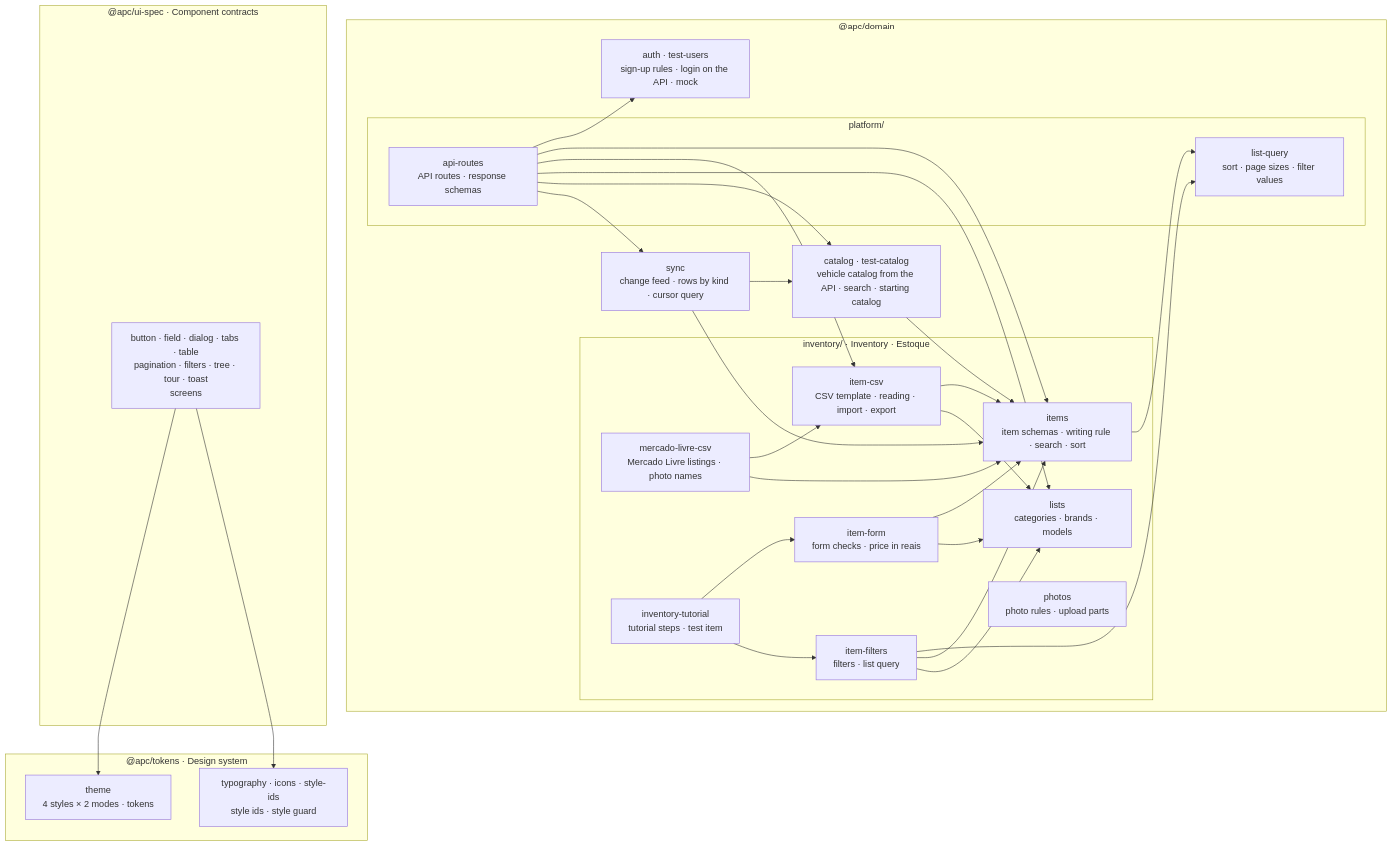
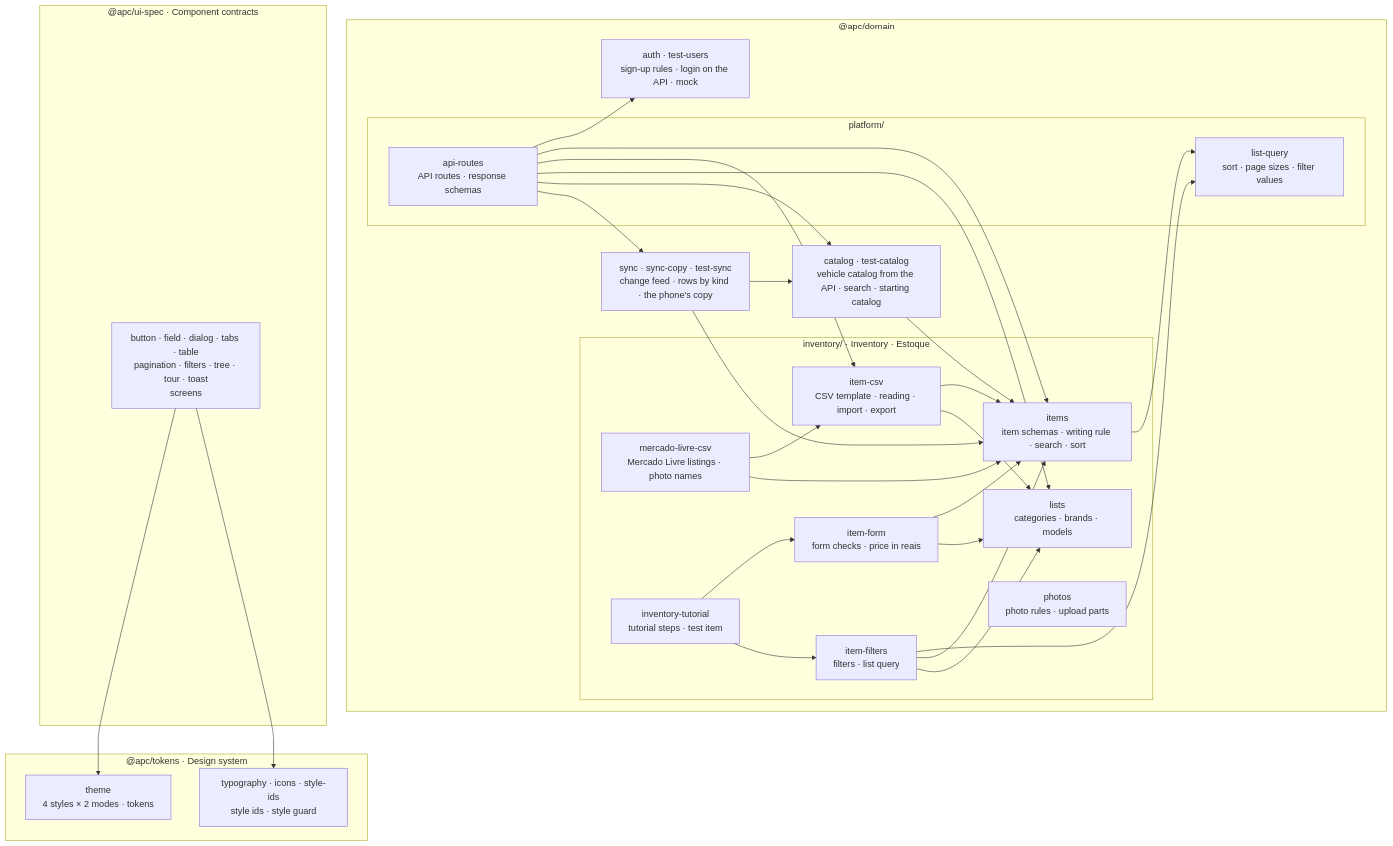
One commit to ChrisCamilo/apc-universal-repair changed the second of 9 diagrams in docs/architecture.md. Above: the diagram before and after it, drawn with Mermaid. The commit also changed other lines of this file, not shown here.

Commit message:
docs: Describe the phone's copy of the inventory in the architecture

````diff
--- a/docs/architecture.md
+++ b/docs/architecture.md
@@ -53,52 +53,52 @@
 ```mermaid
 flowchart TB
     subgraph domain["@apc/domain"]
         subgraph inventory["inventory/ · Inventory · Estoque"]
             items["items<br/>item schemas · writing rule · search · sort"]
             itemForm["item-form<br/>form checks · price in reais"]
             itemFilters["item-filters<br/>filters · list query"]
             itemCsv["item-csv<br/>CSV template · reading · import · export"]
             mercadoLivreCsv["mercado-livre-csv<br/>Mercado Livre listings · photo names"]
             lists["lists<br/>categories · brands · models"]
             photos["photos<br/>photo rules · upload parts"]
             tutorial["inventory-tutorial<br/>tutorial steps · test item"]
         end
         auth["auth · test-users<br/>sign-up rules · login on the API · mock"]
         catalog["catalog · test-catalog<br/>vehicle catalog from the API · search · starting catalog"]
-        sync["sync<br/>change feed · rows by kind · cursor query"]
+        sync["sync · sync-copy · test-sync<br/>change feed · rows by kind · the phone's copy"]
         subgraph platform["platform/"]
             apiRoutes["api-routes<br/>API routes · response schemas"]
             listQuery["list-query<br/>sort · page sizes · filter values"]
         end
     end
     subgraph tokensPackage["@apc/tokens · Design system"]
         theme["theme<br/>4 styles × 2 modes · tokens"]
         styling["typography · icons · style-ids<br/>style ids · style guard"]
     end
     subgraph uiSpec["@apc/ui-spec · Component contracts"]
         rest["button · field · dialog · tabs · table<br/>pagination · filters · tree · tour · toast<br/>screens"]
     end
     rest --> theme
     rest --> styling
     items --> listQuery
     itemFilters --> listQuery
     itemForm --> items
     itemFilters --> items
     itemCsv --> items
     itemForm --> lists
     itemFilters --> lists
     itemCsv --> lists
     mercadoLivreCsv --> itemCsv
     mercadoLivreCsv --> items
     catalog --> items
     tutorial --> itemForm
     tutorial --> itemFilters
     apiRoutes --> auth
     apiRoutes --> items
     apiRoutes --> itemCsv
     apiRoutes --> lists
     apiRoutes --> catalog
     apiRoutes --> sync
     sync --> items
     sync --> catalog
 ```
````
